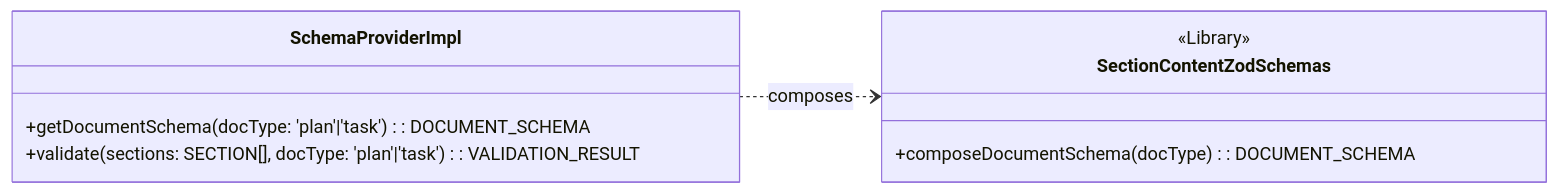
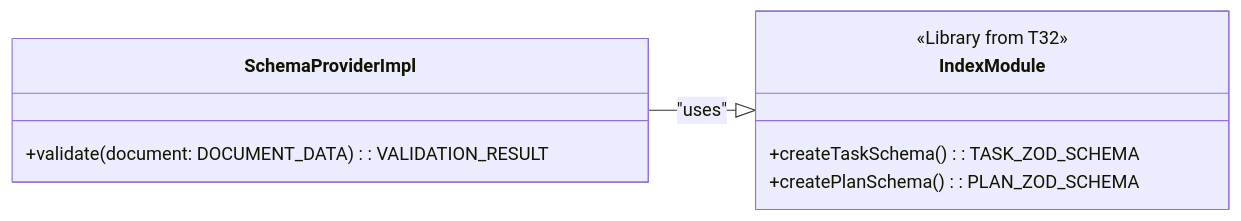
The second of 4 diagrams in docs/requirements/p1-p6.t34-schema-provider.task.md (livelifelively/documentation-driven-development-tools), drawn with Mermaid before and after one commit. The commit also changed other lines of this file and 2 other files, not shown here.

````diff
--- a/docs/requirements/p1-p6.t34-schema-provider.task.md
+++ b/docs/requirements/p1-p6.t34-schema-provider.task.md
@@ -105,16 +109,16 @@
 ```mermaid
 classDiagram
     direction LR
 
     class SchemaProviderImpl {
-        +getDocumentSchema(docType: 'plan'|'task'): DOCUMENT_SCHEMA
-        +validate(sections: SECTION[], docType: 'plan'|'task'): VALIDATION_RESULT
+        +validate(document: DOCUMENT_DATA): VALIDATION_RESULT
     }
 
-    class SectionContentZodSchemas {
-        <<Library>>
-        +composeDocumentSchema(docType): DOCUMENT_SCHEMA
+    class IndexModule {
+        <<Library from T32>>
+        +createTaskSchema(): TASK_ZOD_SCHEMA
+        +createPlanSchema(): PLAN_ZOD_SCHEMA
     }
 
-    SchemaProviderImpl ..> SectionContentZodSchemas : composes
+    SchemaProviderImpl --|> IndexModule : "uses"
 ```
````
